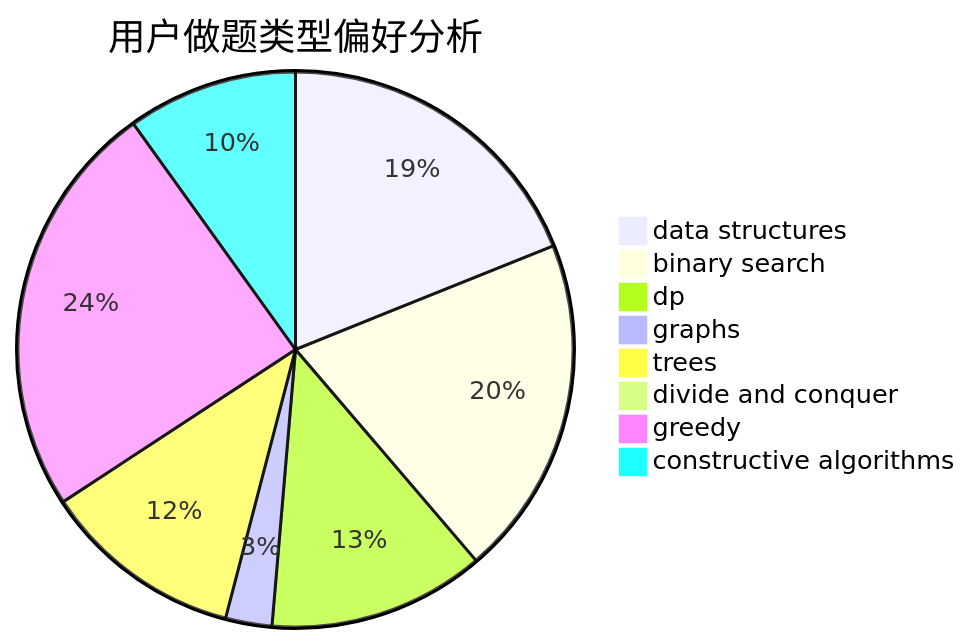
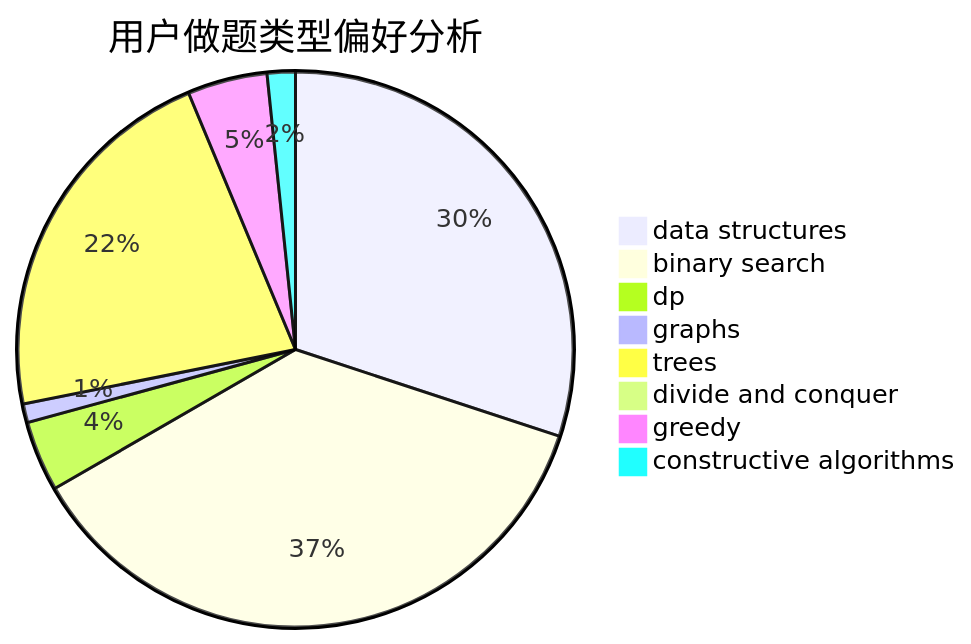
One commit to sherpahu/cfrs.github.io changed the second of 3 diagrams in docs/user/u366.md. Above: the diagram before and after it, drawn with Mermaid. The commit also changed other lines of this file and 2770 other files, not shown here.

````diff
--- a/docs/user/u366.md
+++ b/docs/user/u366.md
@@ -23,11 +23,11 @@
 ```mermaid
 pie title 用户做题类型偏好分析
-    "data structures" :  21
-    "binary search" :  22
-    "dp" :  14
-    "graphs" :  3
-    "trees" :  13
+    "data structures" :  110
+    "binary search" :  134
+    "dp" :  15
+    "graphs" :  4
+    "trees" :  80
     "divide and conquer" :  0
-    "greedy" :  27
-    "constructive algorithms" :  11
+    "greedy" :  17
+    "constructive algorithms" :  6
 ```
````
